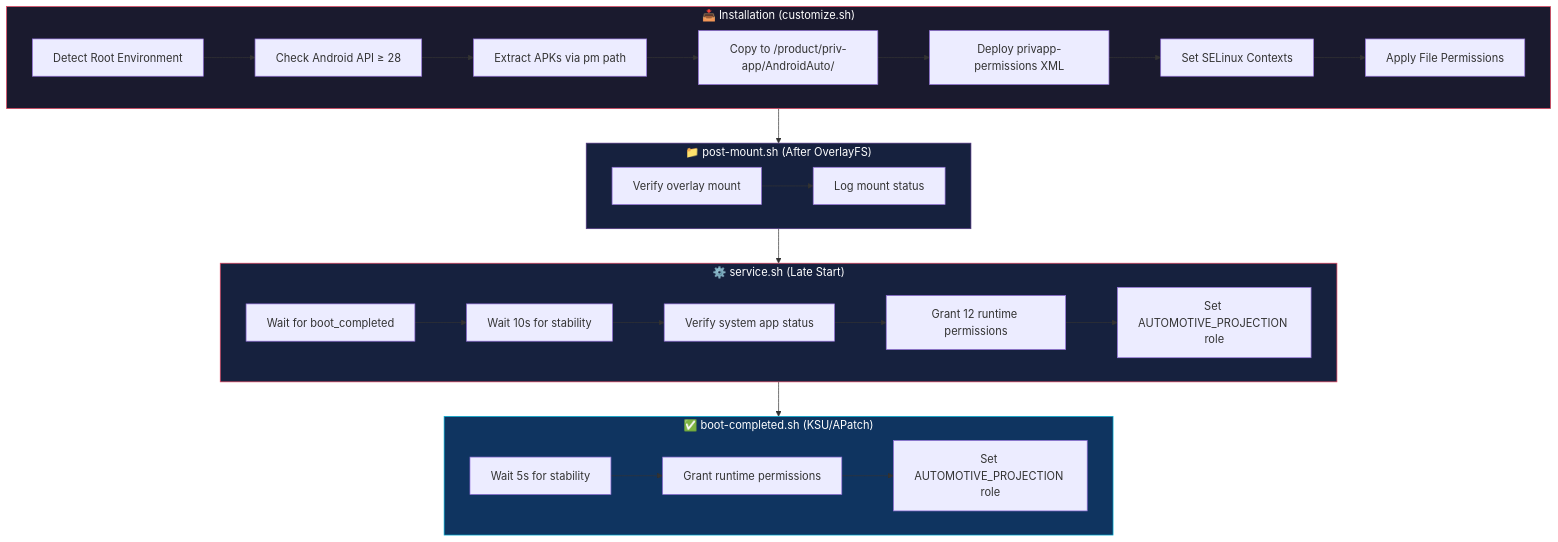
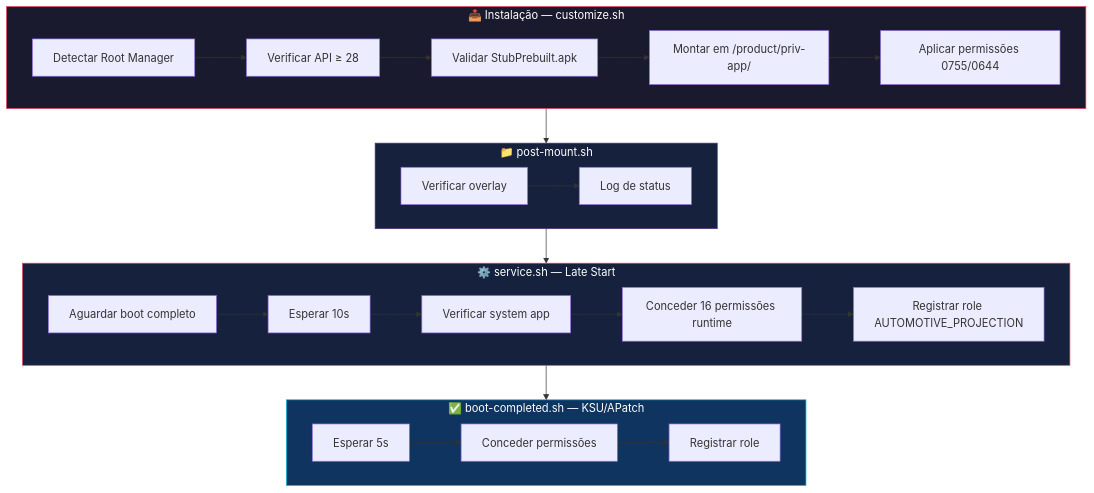
Before and after one commit to antoniomalheirs/AndroidAuto_Systemizer: the second of 2 diagrams in README.md, drawn with Mermaid. The commit also changed other lines of this file and 15 other files, not shown here.

Commit message:
feat: integrate AndroidAutoStubPrebuilt, add system overlay, and implement comprehensive privileged permission allowlist

````diff
--- a/README.md
+++ b/README.md
@@ -133,36 +147,32 @@
 ```mermaid
 graph TD
-    subgraph INSTALL["📥 Installation (customize.sh)"]
-        I1[Detect Root Environment] --> I2[Check Android API ≥ 28]
-        I2 --> I3["Extract APKs via pm path"]
-        I3 --> I4["Copy to /product/priv-app/AndroidAuto/"]
-        I4 --> I5["Deploy privapp-permissions XML"]
-        I5 --> I6["Set SELinux Contexts"]
-        I6 --> I7["Apply File Permissions"]
+    subgraph INSTALL["📥 Instalação — customize.sh"]
+        I1[Detectar Root Manager] --> I2[Verificar API ≥ 28]
+        I2 --> I3["Validar StubPrebuilt.apk"]
+        I3 --> I4["Montar em /product/priv-app/"]
+        I4 --> I5["Aplicar permissões 0755/0644"]
     end
 
-    subgraph BOOT1["📁 post-mount.sh (After OverlayFS)"]
-        B1["Verify overlay mount"] --> B2["Log mount status"]
+    subgraph BOOT1["📁 post-mount.sh"]
+        B1["Verificar overlay"] --> B2["Log de status"]
     end
 
-    subgraph BOOT2["⚙️ service.sh (Late Start)"]
-        B3["Wait for boot_completed"] --> B4["Wait 10s for stability"]
-        B4 --> B5["Verify system app status"]
-        B5 --> B6["Grant 12 runtime permissions"]
-        B6 --> B7["Set AUTOMOTIVE_PROJECTION role"]
+    subgraph BOOT2["⚙️ service.sh — Late Start"]
+        B3["Aguardar boot completo"] --> B4["Esperar 10s"]
+        B4 --> B5["Verificar system app"]
+        B5 --> B6["Conceder 16 permissões runtime"]
+        B6 --> B7["Registrar role AUTOMOTIVE_PROJECTION"]
     end
 
-    subgraph BOOT3["✅ boot-completed.sh (KSU/APatch)"]
-        B8["Wait 5s for stability"] --> B9["Grant runtime permissions"]
-        B9 --> B10["Set AUTOMOTIVE_PROJECTION role"]
+    subgraph BOOT3["✅ boot-completed.sh — KSU/APatch"]
+        B8["Esperar 5s"] --> B9["Conceder permissões"]
+        B9 --> B10["Registrar role"]
     end
 
-    INSTALL --> BOOT1
-    BOOT1 --> BOOT2
-    BOOT2 --> BOOT3
+    INSTALL --> BOOT1 --> BOOT2 --> BOOT3
 
     style INSTALL fill:#1a1a2e,stroke:#e94560,color:#fff
     style BOOT1 fill:#16213e,stroke:#533483,color:#fff
     style BOOT2 fill:#16213e,stroke:#e94560,color:#fff
     style BOOT3 fill:#0f3460,stroke:#00b4d8,color:#fff
 ```
````
